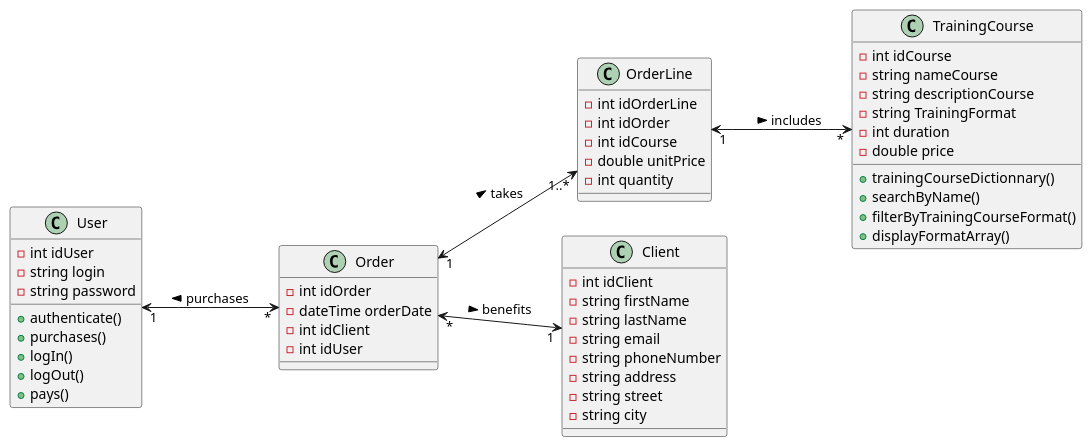
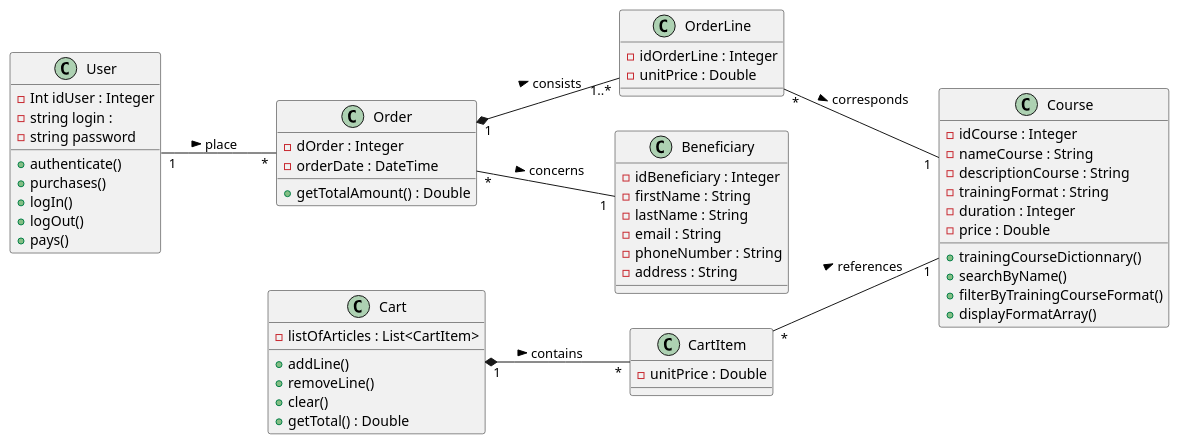
One commit to albanmartel/evaluation_metier_java changed the diagram in doc/uml/2-class/class_diagram_for-the-Training_Sales-Application.puml. Above: the diagram before and after it, drawn with PlantUML.

Commit message:
Revision complète du diagramme de classe pour 1. corriger les cardinatités pour 2. mettre la logique du panier qui n'était pas dans le diagramme précédent, pour corriger les types ils doivent commencer par une majuscule et se mettre après le nom du paramètre, et après le ':', pour 4. corriger les liaisons, elles doivent être simple '--' plutôt que '<-->', normalement --> signifie que les classes se connaissent mutuellement, ce n'est pas du tout ce que j'ai voulu écrire précédemment

```diff
--- a/doc/uml/2-class/class_diagram_for-the-Training_Sales-Application.puml
+++ b/doc/uml/2-class/class_diagram_for-the-Training_Sales-Application.puml
@@ -1,65 +1,100 @@
 @startuml TrainingSallesApplication
 left to right direction
 
-class TrainingCourse{
-    -int idCourse
-    -string nameCourse
-    -string descriptionCourse
-    -string TrainingFormat
-    -int duration
-    -double price
+class Course {
+    - idCourse : Integer
+    - nameCourse : String
+    - descriptionCourse : String
+    - trainingFormat : String
+    - duration : Integer
+    - price : Double
     + trainingCourseDictionnary()
     + searchByName()
     + filterByTrainingCourseFormat()
     + displayFormatArray()
 
 }
 
-class Order{
-    -int idOrder
-    -dateTime orderDate
-    -int idClient
-    -int idUser
+class Order {
+    - dOrder : Integer
+    - orderDate : DateTime
+    + getTotalAmount() : Double
 }
 
 class OrderLine{
-    -int idOrderLine
-    -int idOrder
-    -int idCourse
-    -double unitPrice
-    -int quantity
+    - idOrderLine : Integer
+    - unitPrice : Double
 }
 
-class Client{
-    -int idClient
-	-string firstName
-    -string lastName
-    -string email
-    -string phoneNumber
-    -string address
-    -string street
-    -string city
+class Cart {
+    - listOfArticles : List<CartItem>
+    + addLine()
+    + removeLine()
+    + clear()
+    + getTotal() : Double
+}
+
+class CartItem {
+    - unitPrice : Double
+}
+
+class Beneficiary{
+    - idBeneficiary : Integer
+	- firstName : String
+    - lastName : String
+    - email : String
+    - phoneNumber : String
+    - address : String
 }
 
 class User{
-    - int idUser
-    - string login
+    - Int idUser : Integer
+    - string login : 
     - string password
     + authenticate()
     + purchases()
     + logIn()
     + logOut()
     + pays()
 } 
 
 
-Order "*" <--> "1" Client : benefits >
+' ================= RELATIONS =================
 
-User "1" <--> "*" Order : purchases < 
+'1. Un utilisateur passe une ou plusieurs commandes 
+User "1" -- "*" Order : place >
 
-Order "1" <--> "1..*" OrderLine : takes >
+/'
+2. Une ou plusieurs commandes concerne ou 
+concernent un bénéficiaire
+'/
+Order "*" -- "1" Beneficiary : concerns >
 
-OrderLine "1" <--> "*" TrainingCourse : includes >
+/'
+3. Une commande est composée de une à plusieurs lignes
+l'étoile (*) à côté  du -- qui se réprésente par un losange 
+signifie composition
+'/
+Order "1" *-- "1..*" OrderLine : consists >
 
+/'
+4. Une ou plusieurs lignes de commande correspond 
+ou correspondent à  vers 1 formation
+'/
+OrderLine "*" -- "1" Course : corresponds >
+
+/'
+5. Le panier contient 0 à plusieurs
+articles temporaires (Composition)
+l'étoile (*) à côté  du -- qui se réprésente par un losange 
+signifie composition : un panier est composé de plusieurs articles
+'/
+Cart "1" *-- "*" CartItem : contains >
+
+/'
+6. Un article ou plusieurs fait ou 
+font référence à une formation 
+'/
+CartItem "*" -- "1" Course : references >
 
 @enduml
```
